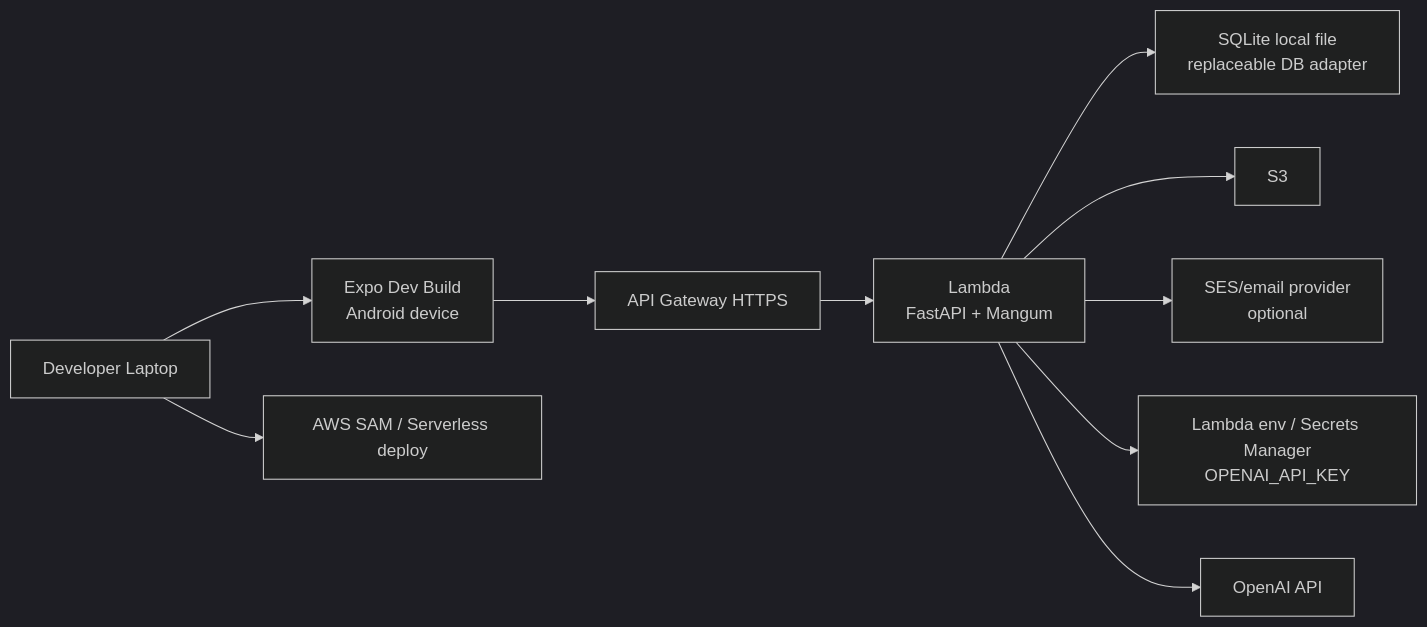
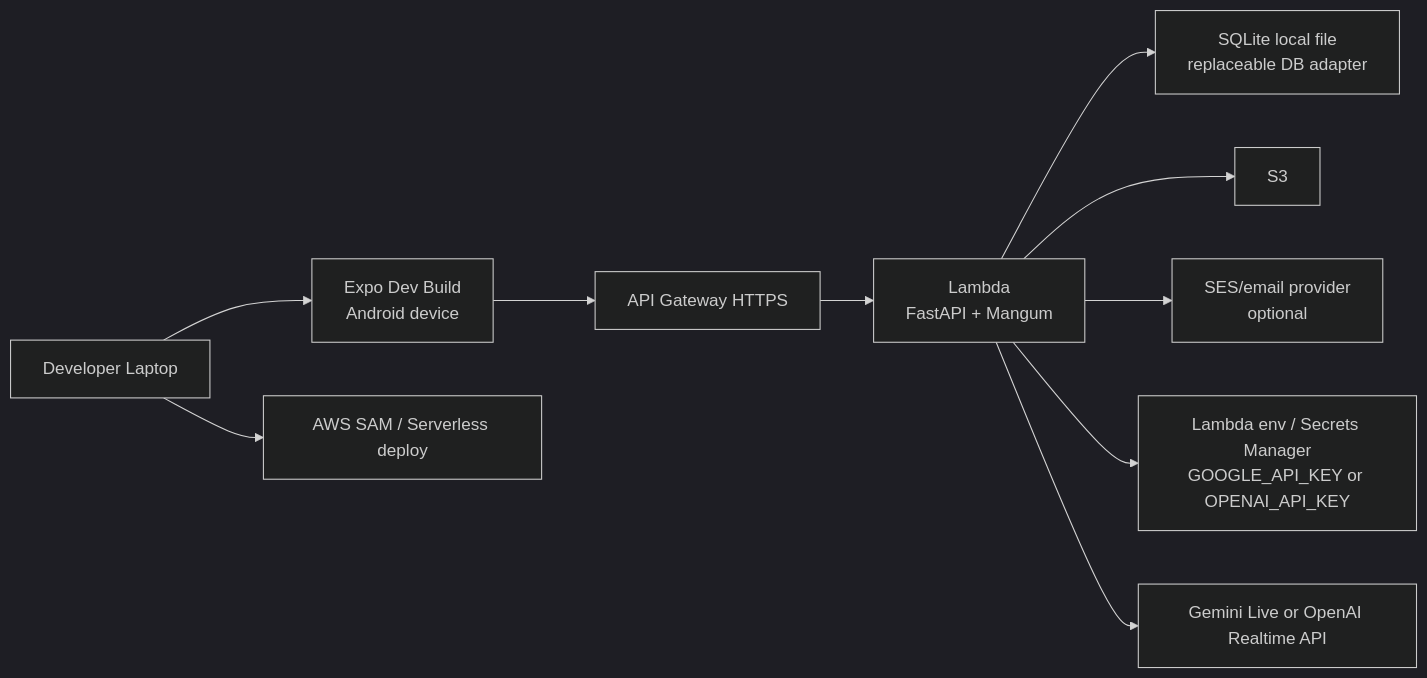
Before and after one commit to adityabhattad2021/Inspection-Copilot: diagram 16 of 20 in ARCHITECTURE.md, drawn with Mermaid (dark theme). The commit also changed other lines of this file and 25 other files, not shown here.

````diff
--- a/ARCHITECTURE.md
+++ b/ARCHITECTURE.md
@@ -604,13 +604,13 @@
 ```mermaid
 flowchart LR
   Dev["Developer Laptop"] --> Expo["Expo Dev Build<br/>Android device"]
   Dev --> SAM["AWS SAM / Serverless deploy"]
 
   Expo --> APIGW["API Gateway HTTPS"]
   APIGW --> Lambda["Lambda<br/>FastAPI + Mangum"]
   Lambda --> DDB["SQLite local file<br/>replaceable DB adapter"]
   Lambda --> S3["S3"]
   Lambda --> SES["SES/email provider<br/>optional"]
-  Lambda --> Secrets["Lambda env / Secrets Manager<br/>OPENAI_API_KEY"]
-  Lambda --> OpenAI["OpenAI API"]
+  Lambda --> Secrets["Lambda env / Secrets Manager<br/>GOOGLE_API_KEY or OPENAI_API_KEY"]
+  Lambda --> VoiceLLM["Gemini Live or OpenAI Realtime API"]
 ```
````
